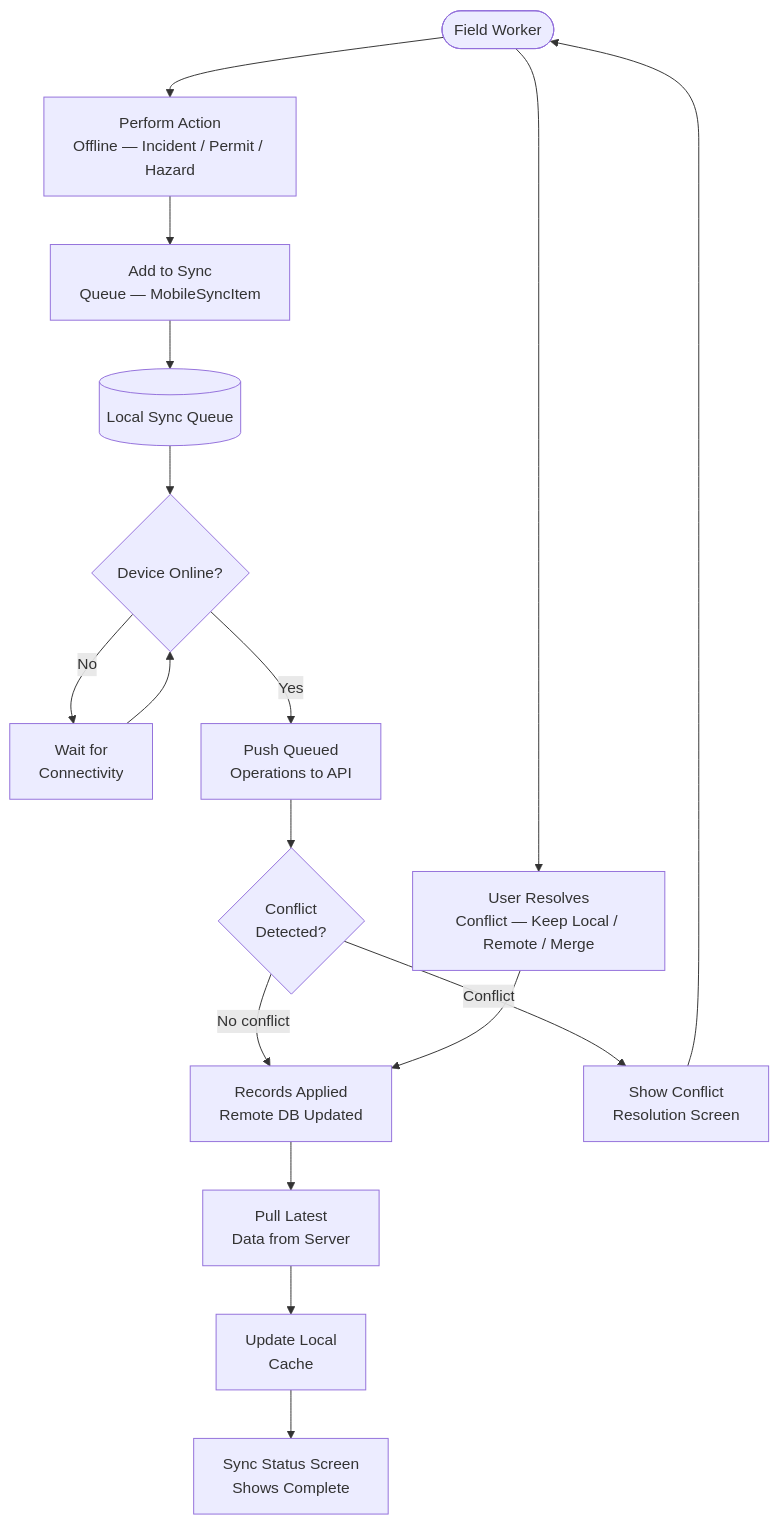
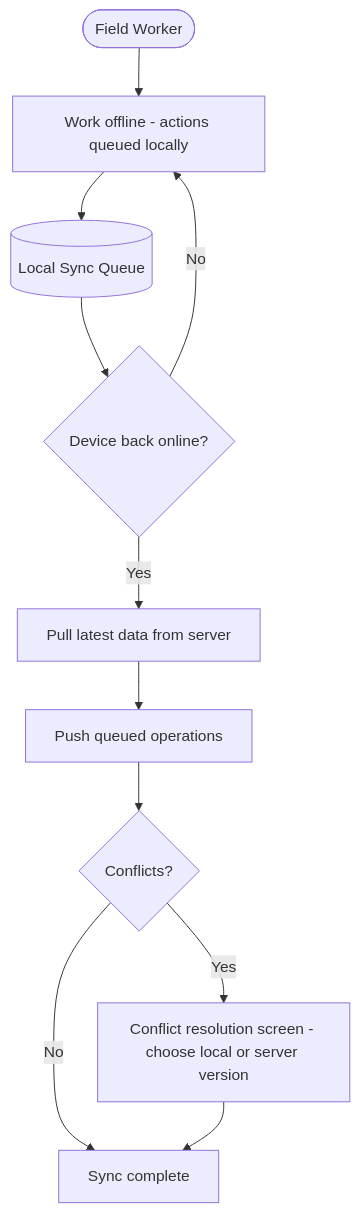
The ninth of 10 diagrams in docs/diagrams/user_flow_diagram.md (Nandan222001/health_smart_engage), drawn with Mermaid before and after one commit. The commit also changed other lines of this file and 15 other files, not shown here.

First line of the commit message:
fix: repair Mermaid rendering errors across all diagram files

````diff
--- a/docs/diagrams/user_flow_diagram.md
+++ b/docs/diagrams/user_flow_diagram.md
@@ -268,25 +212,13 @@
 ```mermaid
 flowchart TD
-    FW([Field Worker]) --> OFFLINE_ACTION[Perform Action\nOffline — Incident / Permit / Hazard]
-    OFFLINE_ACTION --> QUEUE[Add to Sync\nQueue — MobileSyncItem]
-    QUEUE --> DS_SYNC[(Local Sync Queue)]
-
-    CONNECTIVITY{Device Online?}
-    DS_SYNC --> CONNECTIVITY
-
-    CONNECTIVITY -->|No| WAIT[Wait for\nConnectivity]
-    WAIT --> CONNECTIVITY
-
-    CONNECTIVITY -->|Yes| PUSH[Push Queued\nOperations to API]
-    PUSH --> CONFLICT_CHECK{Conflict\nDetected?}
-
-    CONFLICT_CHECK -->|No conflict| APPLIED[Records Applied\nRemote DB Updated]
-    CONFLICT_CHECK -->|Conflict| CONFLICT_SCREEN[Show Conflict\nResolution Screen]
-    CONFLICT_SCREEN --> FW
-    FW --> RESOLVE[User Resolves\nConflict — Keep Local / Remote / Merge]
-    RESOLVE --> APPLIED
-
-    APPLIED --> PULL[Pull Latest\nData from Server]
-    PULL --> LOCAL_DB[Update Local\nCache]
-    LOCAL_DB --> SYNC_STATUS[Sync Status Screen\nShows Complete]
+    FW([Field Worker]) --> OFFLINE[Work offline - actions queued locally]
+    OFFLINE --> QUEUE[(Local Sync Queue)]
+    QUEUE --> CONN{Device back online?}
+    CONN -->|No| OFFLINE
+    CONN -->|Yes| PULL[Pull latest data from server]
+    PULL --> PUSH[Push queued operations]
+    PUSH --> CONFLICT_S{Conflicts?}
+    CONFLICT_S -->|No| DONE_S[Sync complete]
+    CONFLICT_S -->|Yes| RESOLVE[Conflict resolution screen - choose local or server version]
+    RESOLVE --> DONE_S
 ```
````
